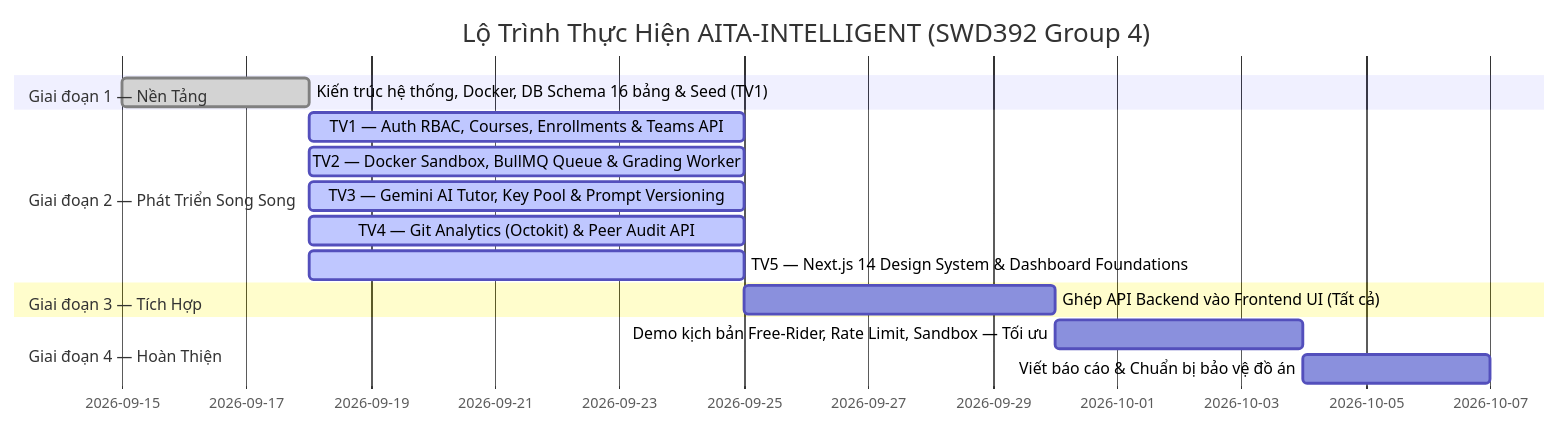
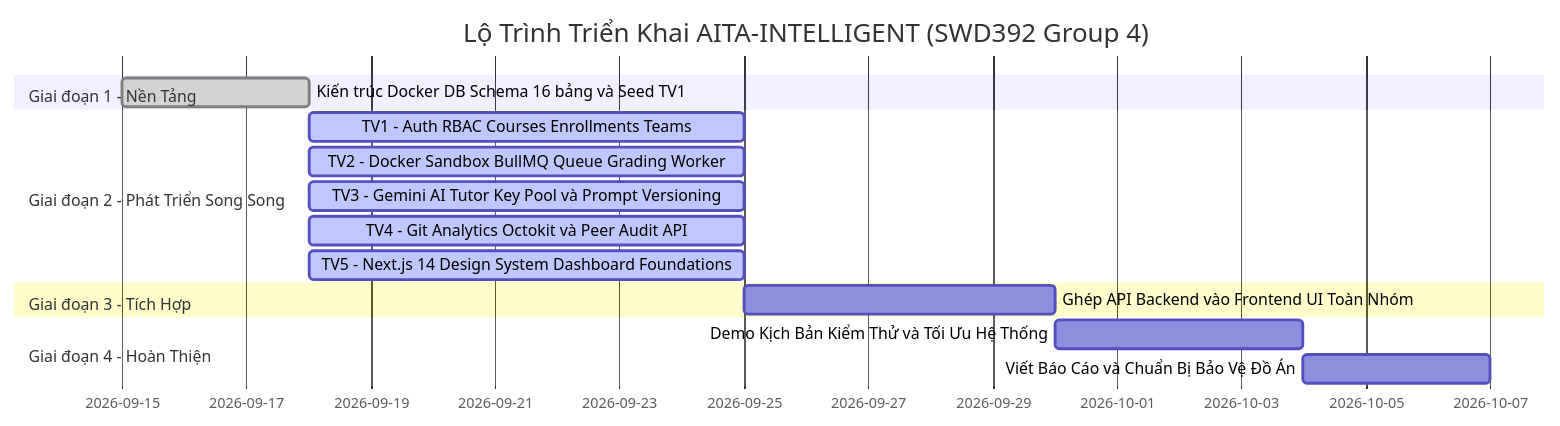
Before and after one commit to min098-ui/SWD392_AITA-Intelligent: the diagram in README.md, drawn with Mermaid. The commit also changed 1 other file, not shown here.

Commit message:
fix(docs): resolve Mermaid Gantt syntax error on GitHub

````diff
--- a/README.md
+++ b/README.md
@@ -207,18 +207,18 @@
 ```mermaid
 gantt
-    title Lộ Trình Thực Hiện AITA-INTELLIGENT (SWD392 Group 4)
-    dateFormat  YYYY-MM-DD
-    section Giai đoạn 1 — Nền Tảng
-    Kiến trúc hệ thống, Docker, DB Schema 16 bảng & Seed (TV1) :done, 2026-09-15, 3d
-    section Giai đoạn 2 — Phát Triển Song Song
-    TV1 — Auth RBAC, Courses, Enrollments & Teams API          :active, 2026-09-18, 7d
-    TV2 — Docker Sandbox, BullMQ Queue & Grading Worker        :active, 2026-09-18, 7d
-    TV3 — Gemini AI Tutor, Key Pool & Prompt Versioning        :active, 2026-09-18, 7d
-    TV4 — Git Analytics (Octokit) & Peer Audit API             :active, 2026-09-18, 7d
-    TV5 — Next.js 14 Design System & Dashboard Foundations     :active, 2026-09-18, 7d
-    section Giai đoạn 3 — Tích Hợp
-    Ghép API Backend vào Frontend UI (Tất cả)                  :2026-09-25, 5d
-    section Giai đoạn 4 — Hoàn Thiện
-    Demo kịch bản Free-Rider, Rate Limit, Sandbox — Tối ưu    :2026-09-30, 4d
-    Viết báo cáo & Chuẩn bị bảo vệ đồ án                      :2026-10-04, 3d
+    title Lộ Trình Triển Khai AITA-INTELLIGENT (SWD392 Group 4)
+    dateFormat YYYY-MM-DD
+    section Giai đoạn 1 - Nền Tảng
+    Kiến trúc Docker DB Schema 16 bảng và Seed TV1        :done, m1, 2026-09-15, 2026-09-18
+    section Giai đoạn 2 - Phát Triển Song Song
+    TV1 - Auth RBAC Courses Enrollments Teams             :active, tv1, 2026-09-18, 2026-09-25
+    TV2 - Docker Sandbox BullMQ Queue Grading Worker      :active, tv2, 2026-09-18, 2026-09-25
+    TV3 - Gemini AI Tutor Key Pool và Prompt Versioning   :active, tv3, 2026-09-18, 2026-09-25
+    TV4 - Git Analytics Octokit và Peer Audit API         :active, tv4, 2026-09-18, 2026-09-25
+    TV5 - Next.js 14 Design System Dashboard Foundations  :active, tv5, 2026-09-18, 2026-09-25
+    section Giai đoạn 3 - Tích Hợp
+    Ghép API Backend vào Frontend UI Toàn Nhóm            :m3, 2026-09-25, 2026-09-30
+    section Giai đoạn 4 - Hoàn Thiện
+    Demo Kịch Bản Kiểm Thử và Tối Ưu Hệ Thống             :m4, 2026-09-30, 2026-10-04
+    Viết Báo Cáo và Chuẩn Bị Bảo Vệ Đồ Án                 :m5, 2026-10-04, 2026-10-07
 ```
````
